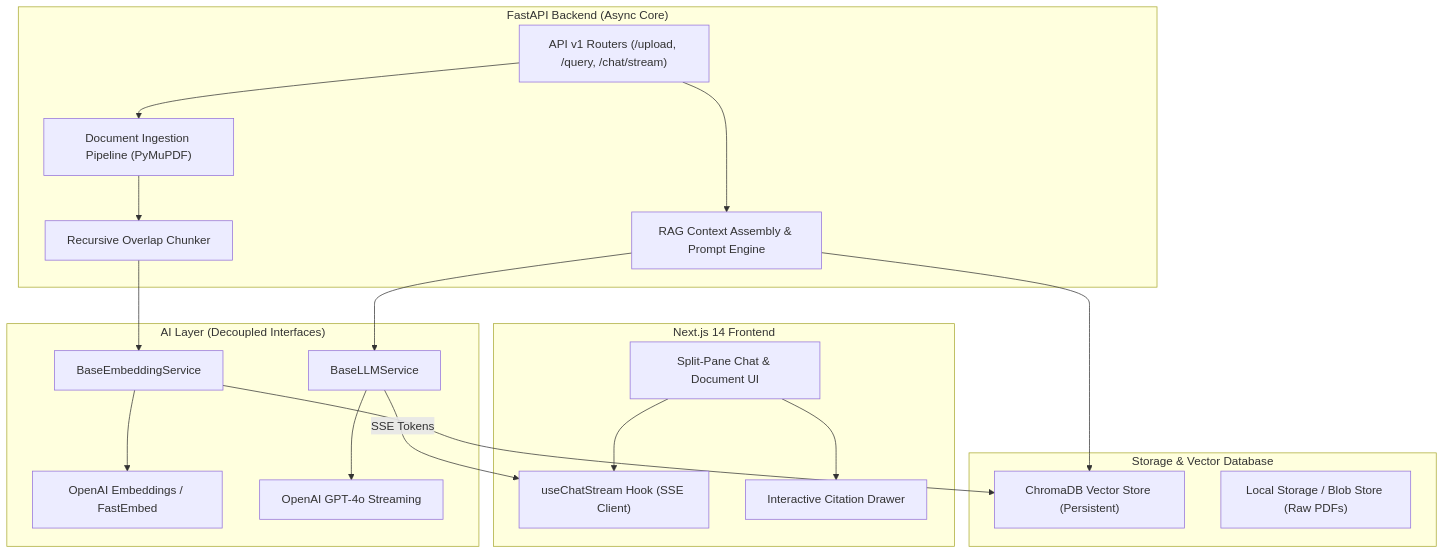
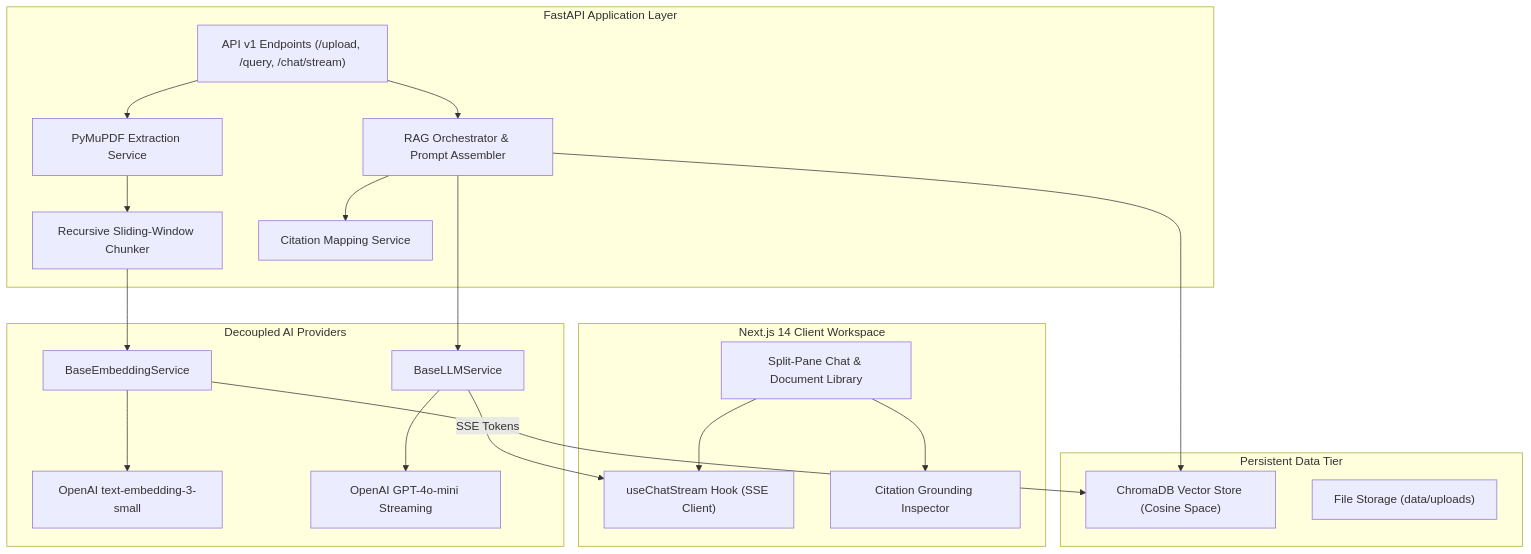
Before and after one commit to Muneeb786-hub/AI-Document-Chat-RAG: the diagram in README.md, drawn with Mermaid. The commit also changed other lines of this file and 3 other files, not shown here.

````diff
--- a/README.md
+++ b/README.md
@@ -55,42 +62,44 @@
 ```mermaid
 flowchart TD
-    subgraph Client["Next.js 14 Frontend"]
-        UI["Split-Pane Chat & Document UI"]
+    subgraph Client["Next.js 14 Client Workspace"]
+        UI["Split-Pane Chat & Document Library"]
         Hook["useChatStream Hook (SSE Client)"]
-        Inspector["Interactive Citation Drawer"]
+        Inspector["Citation Grounding Inspector"]
         UI --> Hook
         UI --> Inspector
     end
 
-    subgraph Backend["FastAPI Backend (Async Core)"]
-        Router["API v1 Routers (/upload, /query, /chat/stream)"]
-        Ingest["Document Ingestion Pipeline (PyMuPDF)"]
-        Chunker["Recursive Overlap Chunker"]
-        RAG["RAG Context Assembly & Prompt Engine"]
+    subgraph API["FastAPI Application Layer"]
+        Router["API v1 Endpoints (/upload, /query, /chat/stream)"]
+        PDFSvc["PyMuPDF Extraction Service"]
+        ChunkSvc["Recursive Sliding-Window Chunker"]
+        RAGSvc["RAG Orchestrator & Prompt Assembler"]
+        CitSvc["Citation Mapping Service"]
         
-        Router --> Ingest
-        Ingest --> Chunker
-        Router --> RAG
+        Router --> PDFSvc
+        PDFSvc --> ChunkSvc
+        Router --> RAGSvc
+        RAGSvc --> CitSvc
     end
 
-    subgraph AI["AI Layer (Decoupled Interfaces)"]
-        EmbedInt["BaseEmbeddingService"]
-        OpenAIEmbed["OpenAI Embeddings / FastEmbed"]
-        LLMInt["BaseLLMService"]
-        OpenAILLM["OpenAI GPT-4o Streaming"]
+    subgraph Providers["Decoupled AI Providers"]
+        EmbedInterface["BaseEmbeddingService"]
+        OpenAIEmbed["OpenAI text-embedding-3-small"]
+        LLMInterface["BaseLLMService"]
+        OpenAILLM["OpenAI GPT-4o-mini Streaming"]
         
-        EmbedInt --> OpenAIEmbed
-        LLMInt --> OpenAILLM
+        EmbedInterface --> OpenAIEmbed
+        LLMInterface --> OpenAILLM
     end
 
-    subgraph Storage["Storage & Vector Database"]
-        Chroma["ChromaDB Vector Store (Persistent)"]
-        LocalFS["Local Storage / Blob Store (Raw PDFs)"]
+    subgraph Storage["Persistent Data Tier"]
+        ChromaStore["ChromaDB Vector Store (Cosine Space)"]
+        DiskStore["File Storage (data/uploads)"]
     end
 
-    Chunker --> EmbedInt
-    EmbedInt --> Chroma
-    RAG --> Chroma
-    RAG --> LLMInt
-    LLMInt -->|SSE Tokens| Hook
+    ChunkSvc --> EmbedInterface
+    EmbedInterface --> ChromaStore
+    RAGSvc --> ChromaStore
+    RAGSvc --> LLMInterface
+    LLMInterface -->|SSE Tokens| Hook
 ```
````
